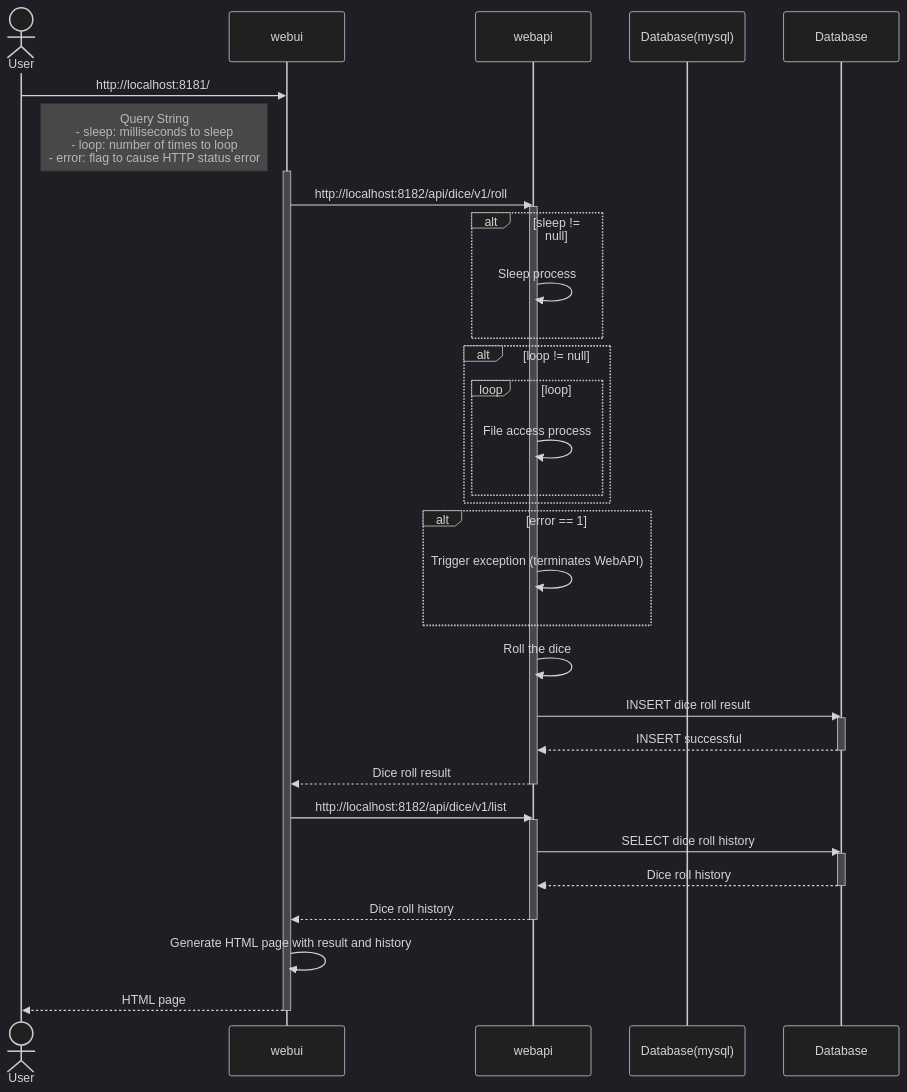
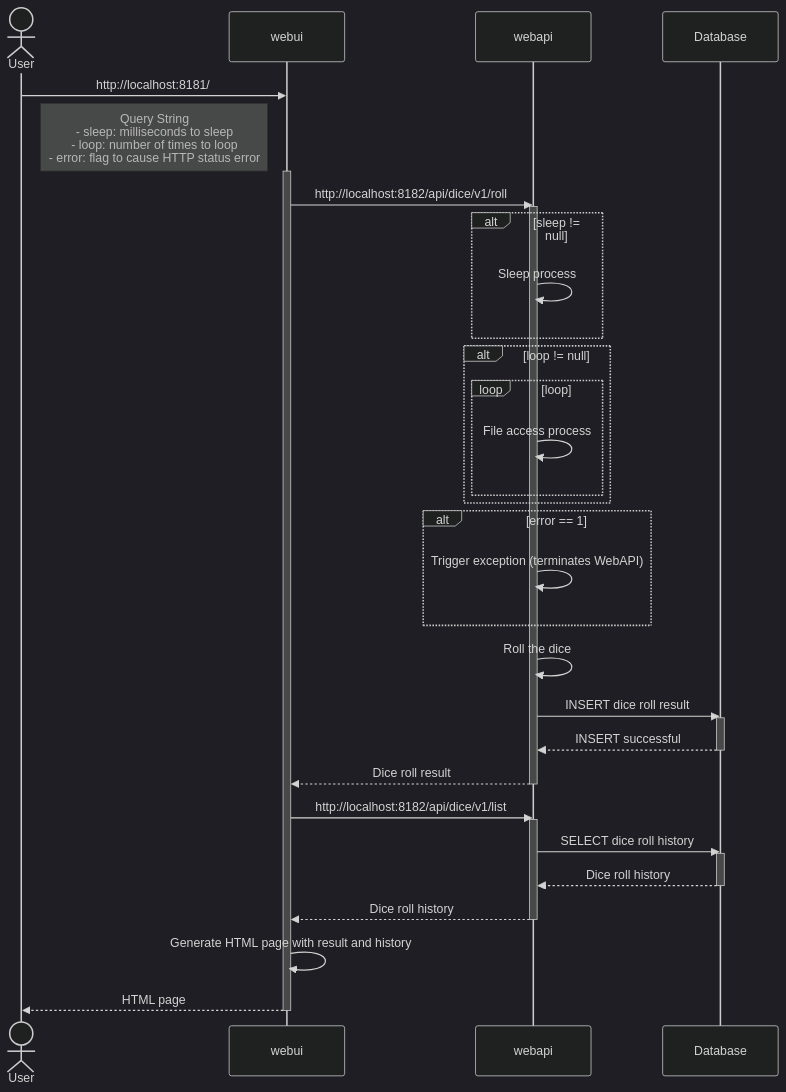
One commit to Toshiharu-Konuma-sti/hands-on-rollingdice-webapp changed the diagram in README.md. Above: the diagram before and after it, drawn with Mermaid (dark theme).

Commit message:
translated from japanese to english

````diff
--- a/README.md
+++ b/README.md
@@ -65,52 +65,52 @@
 ```mermaid
 sequenceDiagram
     actor User
     participant webui
     participant webapi
-    participant Database(mysql)
+    participant Database
 
     User->>webui: http://localhost:8181/
     Note right of User: Query String<br>- sleep: milliseconds to sleep<br>- loop: number of times to loop<br>- error: flag to cause HTTP status error
     activate webui
 
         webui->>webapi: http://localhost:8182/api/dice/v1/roll
         activate webapi
 
             alt sleep != null
                 webapi->>webapi: Sleep process
             end
             alt loop != null
                 loop loop
                     webapi->>webapi: File access process
                 end
             end
             alt error == 1
                 webapi->>webapi: Trigger exception (terminates WebAPI)
             end
             webapi->>webapi: Roll the dice
             webapi->>Database: INSERT dice roll result
             activate Database
 
                 Database-->>webapi: INSERT successful
 
             deactivate Database
             webapi-->>webui: Dice roll result
 
         deactivate webapi
         webui->>webapi: http://localhost:8182/api/dice/v1/list
         activate webapi
 
             webapi->>Database: SELECT dice roll history
             activate Database
 
             Database-->>webapi: Dice roll history
             
             deactivate Database
             webapi-->>webui: Dice roll history
 
         deactivate webapi
         webui->>webui: Generate HTML page with result and history
         webui-->>User: HTML page
 
     deactivate webui
 ```
````
